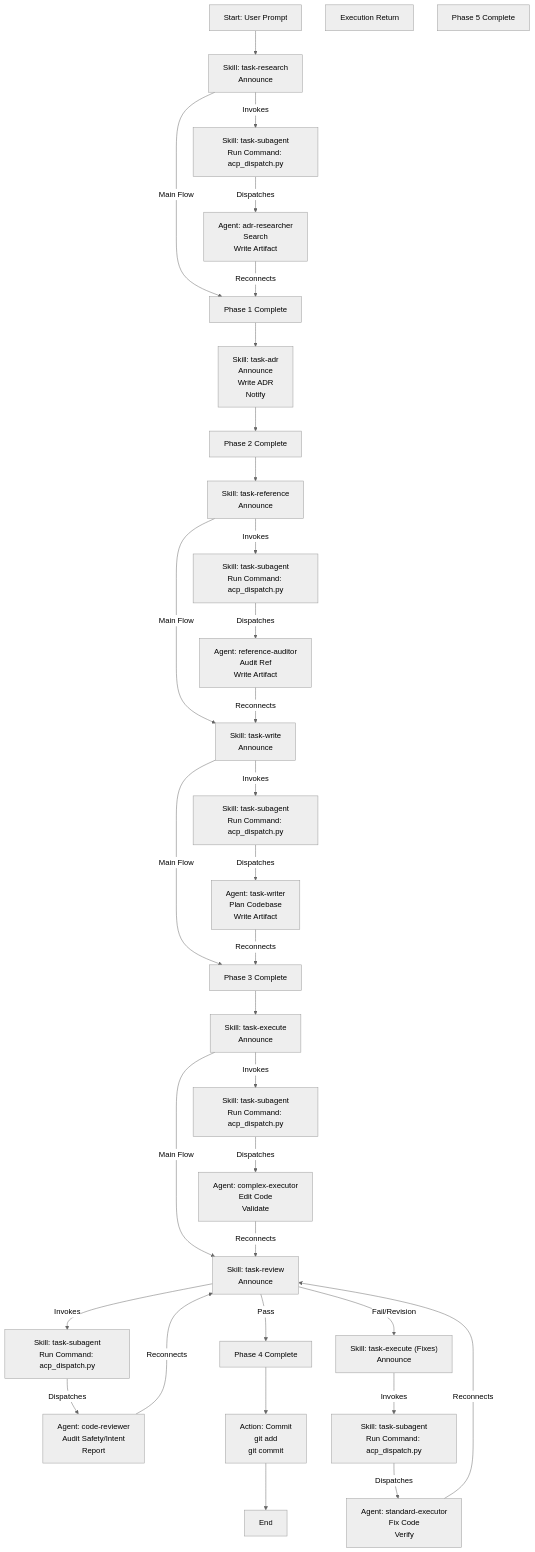
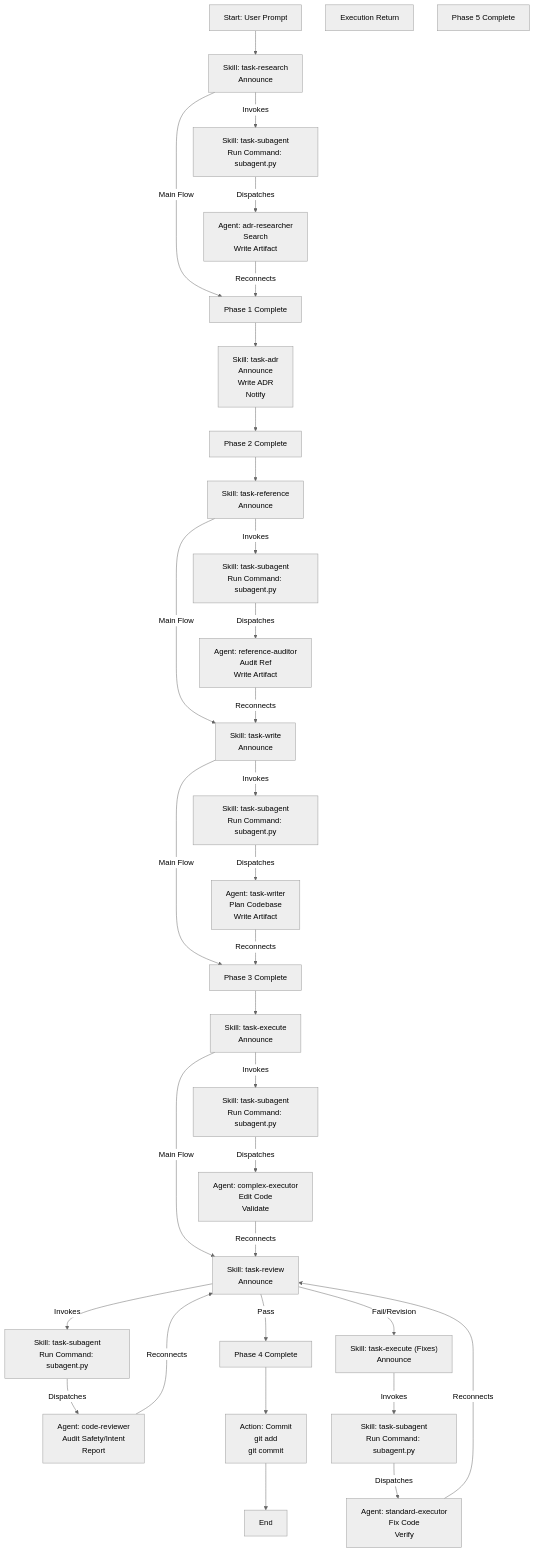
Before and after one commit to wgergely/vaultspec-core: the second of 2 diagrams in .rules/README.md, drawn with Mermaid (neutral theme). The commit also changed other lines of this file and 61 other files, not shown here.

```diff
--- a/.rules/README.md
+++ b/.rules/README.md
@@ -129,7 +133,7 @@
     
     %% Phase 1: Research
     SK_RES["Skill: task-research<br/>Announce"]
-    SK_SUB_RES["Skill: task-subagent<br/>Run Command: acp_dispatch.py"]
+    SK_SUB_RES["Skill: task-subagent<br/>Run Command: subagent.py"]
     SA_RES["Agent: adr-researcher<br/>Search<br/>Write Artifact"]
     PH1_END["Phase 1 Complete"]
     
@@ -139,22 +143,22 @@
     
     %% Phase 3: Reference & Planning
     SK_REF["Skill: task-reference<br/>Announce"]
-    SK_SUB_REF["Skill: task-subagent<br/>Run Command: acp_dispatch.py"]
+    SK_SUB_REF["Skill: task-subagent<br/>Run Command: subagent.py"]
     SA_REF["Agent: reference-auditor<br/>Audit Ref<br/>Write Artifact"]
     
     SK_WRITE["Skill: task-write<br/>Announce"]
-    SK_SUB_WRITE["Skill: task-subagent<br/>Run Command: acp_dispatch.py"]
+    SK_SUB_WRITE["Skill: task-subagent<br/>Run Command: subagent.py"]
     SA_WRITER["Agent: task-writer<br/>Plan Codebase<br/>Write Artifact"]
     PH3_END["Phase 3 Complete"]
     
     %% Phase 4: Execution
     SK_EXEC["Skill: task-execute<br/>Announce"]
-    SK_SUB_EXEC["Skill: task-subagent<br/>Run Command: acp_dispatch.py"]
+    SK_SUB_EXEC["Skill: task-subagent<br/>Run Command: subagent.py"]
     SA_EXEC["Agent: complex-executor<br/>Edit Code<br/>Validate"]
     
     %% Review Phase (Gatekeeper)
     SK_REV["Skill: task-review<br/>Announce"]
-    SK_SUB_REV["Skill: task-subagent<br/>Run Command: acp_dispatch.py"]
+    SK_SUB_REV["Skill: task-subagent<br/>Run Command: subagent.py"]
     SA_REV["Agent: code-reviewer<br/>Audit Safety/Intent<br/>Report"]
     
     EXEC_RET["Execution Return"]
@@ -162,7 +166,7 @@
     
     %% Phase 5: Revision (if needed)
     SK_FIX["Skill: task-execute (Fixes)<br/>Announce"]
-    SK_SUB_FIX["Skill: task-subagent<br/>Run Command: acp_dispatch.py"]
+    SK_SUB_FIX["Skill: task-subagent<br/>Run Command: subagent.py"]
     SA_FIX["Agent: standard-executor<br/>Fix Code<br/>Verify"]
     PH5_END["Phase 5 Complete"]
     
```
